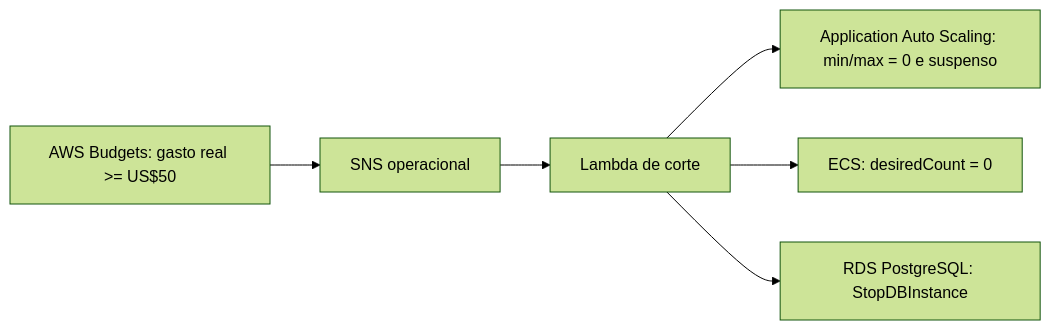
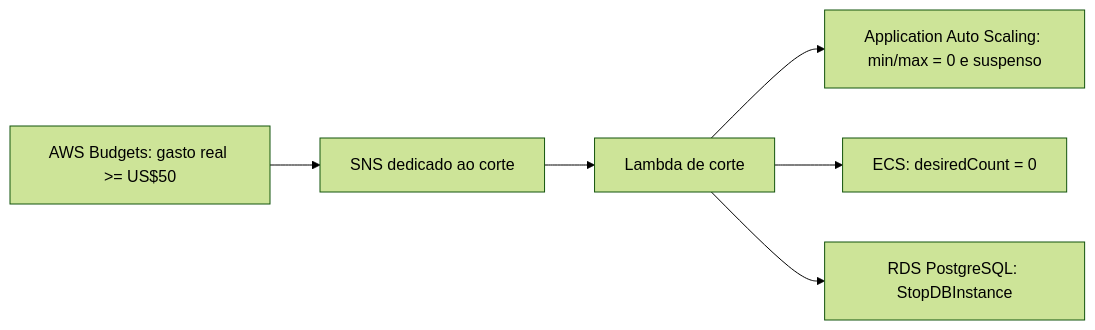
The third of 3 diagrams in .specs/features/flash-booking-demo/design.md (MoreiraVinicius/cielo-flash-booking), drawn with Mermaid (forest theme) before and after one commit. The commit also changed other lines of this file and 7 other files, not shown here.

````diff
--- a/.specs/features/flash-booking-demo/design.md
+++ b/.specs/features/flash-booking-demo/design.md
@@ -265,8 +265,8 @@
 ```mermaid
 flowchart LR
-    B[AWS Budgets: gasto real >= US$50] --> S[SNS operacional]
+    B[AWS Budgets: gasto real >= US$50] --> S[SNS dedicado ao corte]
     S --> L[Lambda de corte]
     L --> A[Application Auto Scaling: min/max = 0 e suspenso]
     L --> E[ECS: desiredCount = 0]
     L --> R[RDS PostgreSQL: StopDBInstance]
 ```
````
